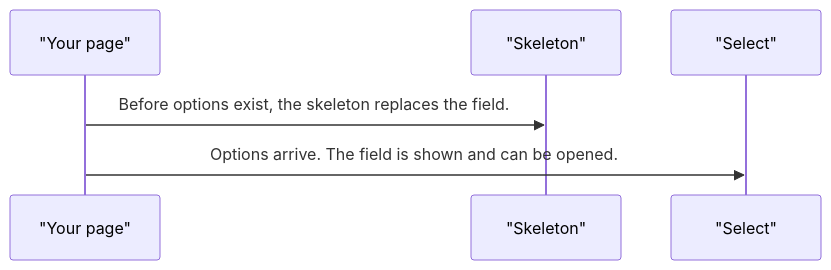
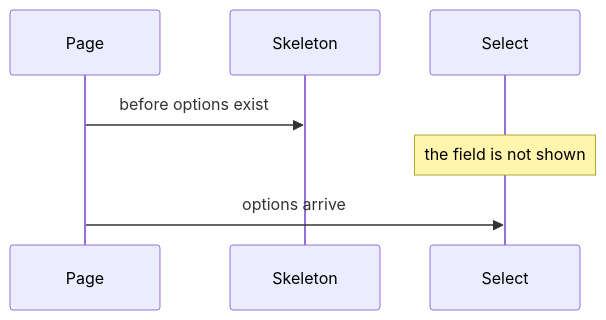
The fifth of 5 diagrams in projects/pixel-ui/src/lib/pixel-select/DESIGN.md (RajshekharBorate/pixel-ui), drawn with Mermaid before and after one commit. The commit also changed other lines of this file and 73 other files, not shown here.

Commit message:
Explain who owns each value and what each flow does in every component and service design.

````diff
--- a/projects/pixel-ui/src/lib/pixel-select/DESIGN.md
+++ b/projects/pixel-ui/src/lib/pixel-select/DESIGN.md
@@ -102,8 +126,9 @@
 ```mermaid
 sequenceDiagram
-  participant page as "Your page"
-  participant skeleton as "Skeleton"
-  participant select as "Select"
-  page->>skeleton: Before options exist, the skeleton replaces the field.
-  page->>select: Options arrive. The field is shown and can be opened.
+  participant Page
+  participant Skeleton
+  participant Select
+  Page->>Skeleton: before options exist
+  Note over Select: the field is not shown
+  Page->>Select: options arrive
 ```
````
